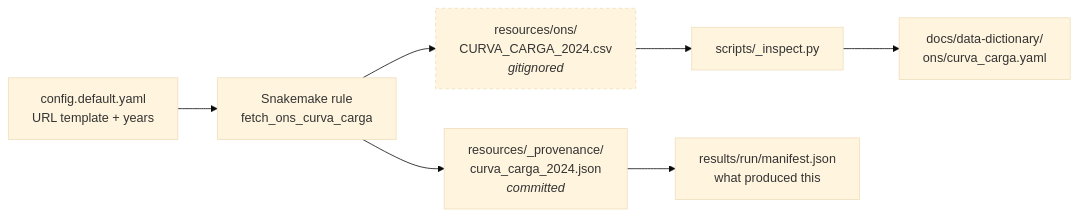
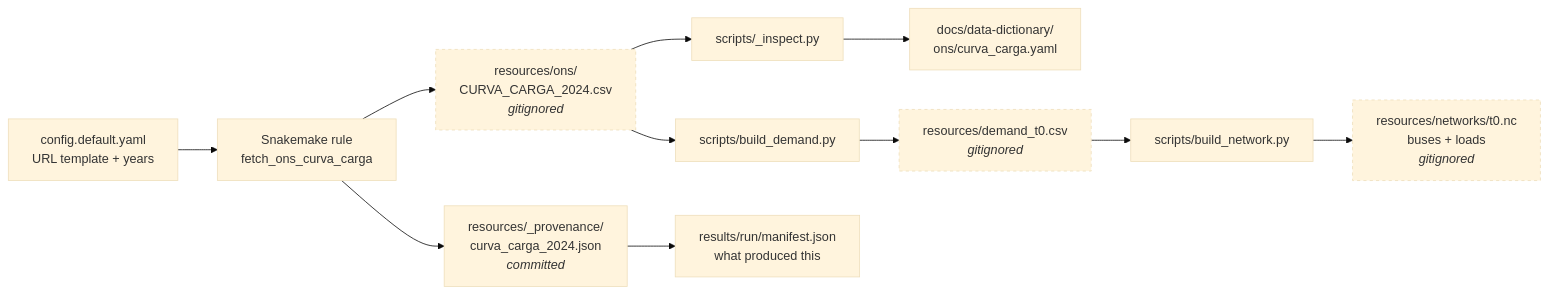
The first of 12 diagrams in docs/STACK.md (leonardovbonatto/pypsa-meets-brazil), drawn with Mermaid (base theme) before and after one commit. The commit also changed other lines of this file and 7 other files, not shown here.

````diff
--- a/docs/STACK.md
+++ b/docs/STACK.md
@@ -48,11 +49,17 @@
 ```mermaid
 flowchart LR
     A["config.default.yaml<br/>URL template + years"] --> B["Snakemake rule<br/>fetch_ons_curva_carga"]
     B --> C["resources/ons/<br/>CURVA_CARGA_2024.csv<br/><i>gitignored</i>"]
     B --> D["resources/_provenance/<br/>curva_carga_2024.json<br/><i>committed</i>"]
     C --> E["scripts/_inspect.py"]
     E --> F["docs/data-dictionary/<br/>ons/curva_carga.yaml"]
+    C --> H["scripts/build_demand.py"]
+    H --> I["resources/demand_t0.csv<br/><i>gitignored</i>"]
+    I --> J["scripts/build_network.py"]
+    J --> K["resources/networks/t0.nc<br/>buses + loads<br/><i>gitignored</i>"]
     D --> G["results/run/manifest.json<br/>what produced this"]
 
     style C stroke-dasharray: 4 4
+    style I stroke-dasharray: 4 4
+    style K stroke-dasharray: 4 4
 ```
````
